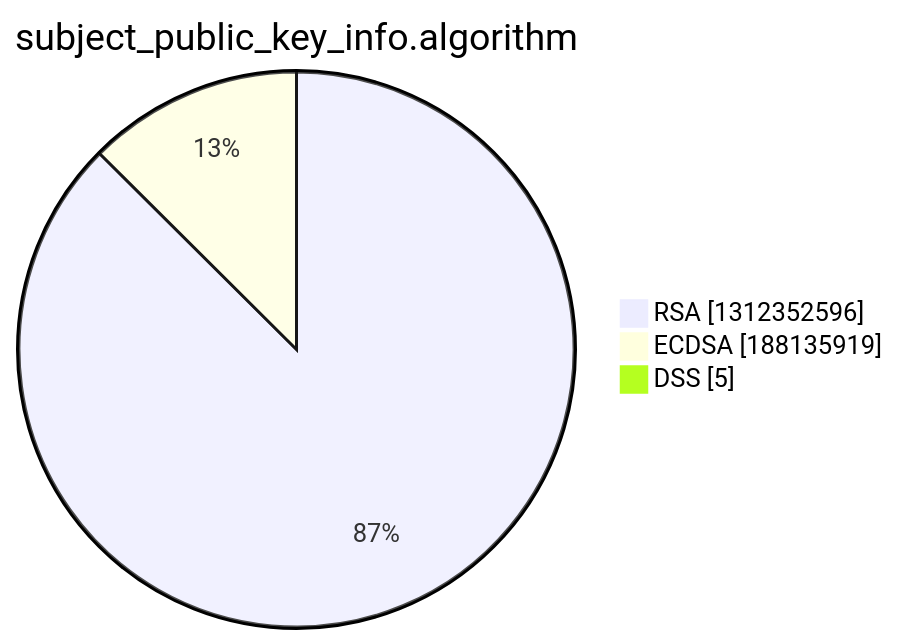
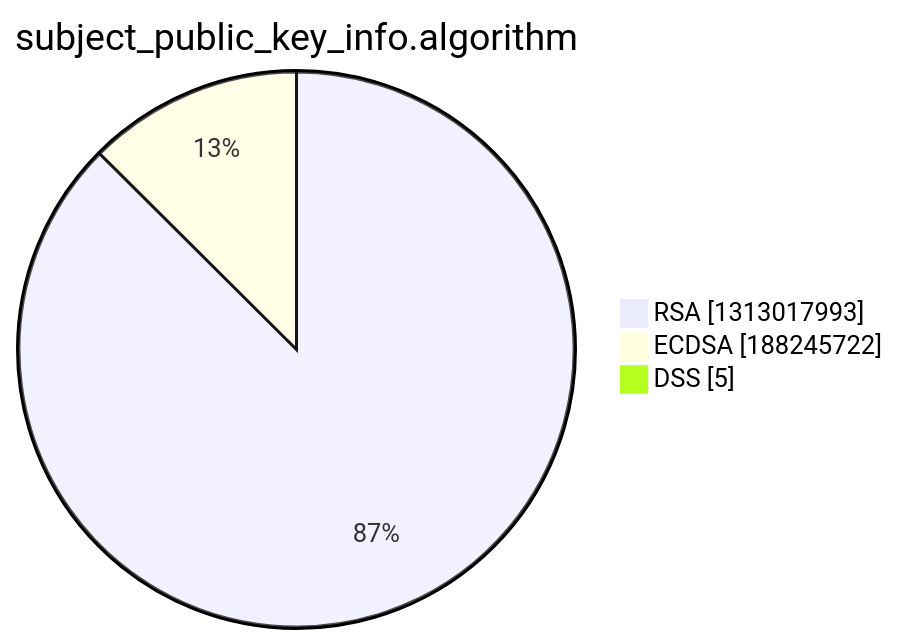
Before and after one commit to christiankrug/ctmonitor_visualization: the third of 15 diagrams in xenon2022/README.md, drawn with Mermaid. The commit also changed other lines of this file, not shown here.

````diff
--- a/xenon2022/README.md
+++ b/xenon2022/README.md
@@ -14,7 +14,7 @@
 ```mermaid
 pie showData
 title subject_public_key_info.algorithm
-"RSA" :1312352596
-"ECDSA" :188135919
+"RSA" :1313017993
+"ECDSA" :188245722
 "DSS" :5
 ```
````
